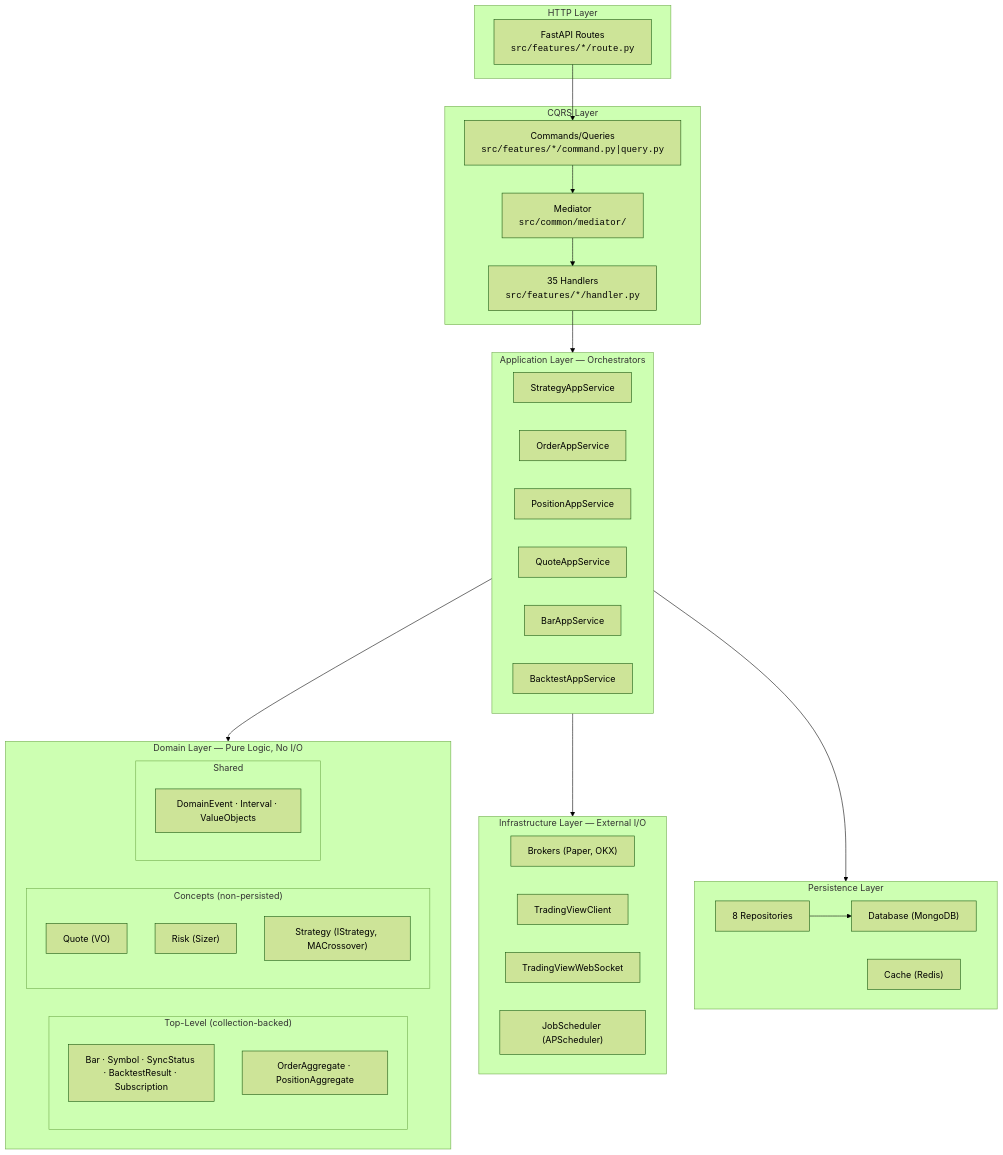
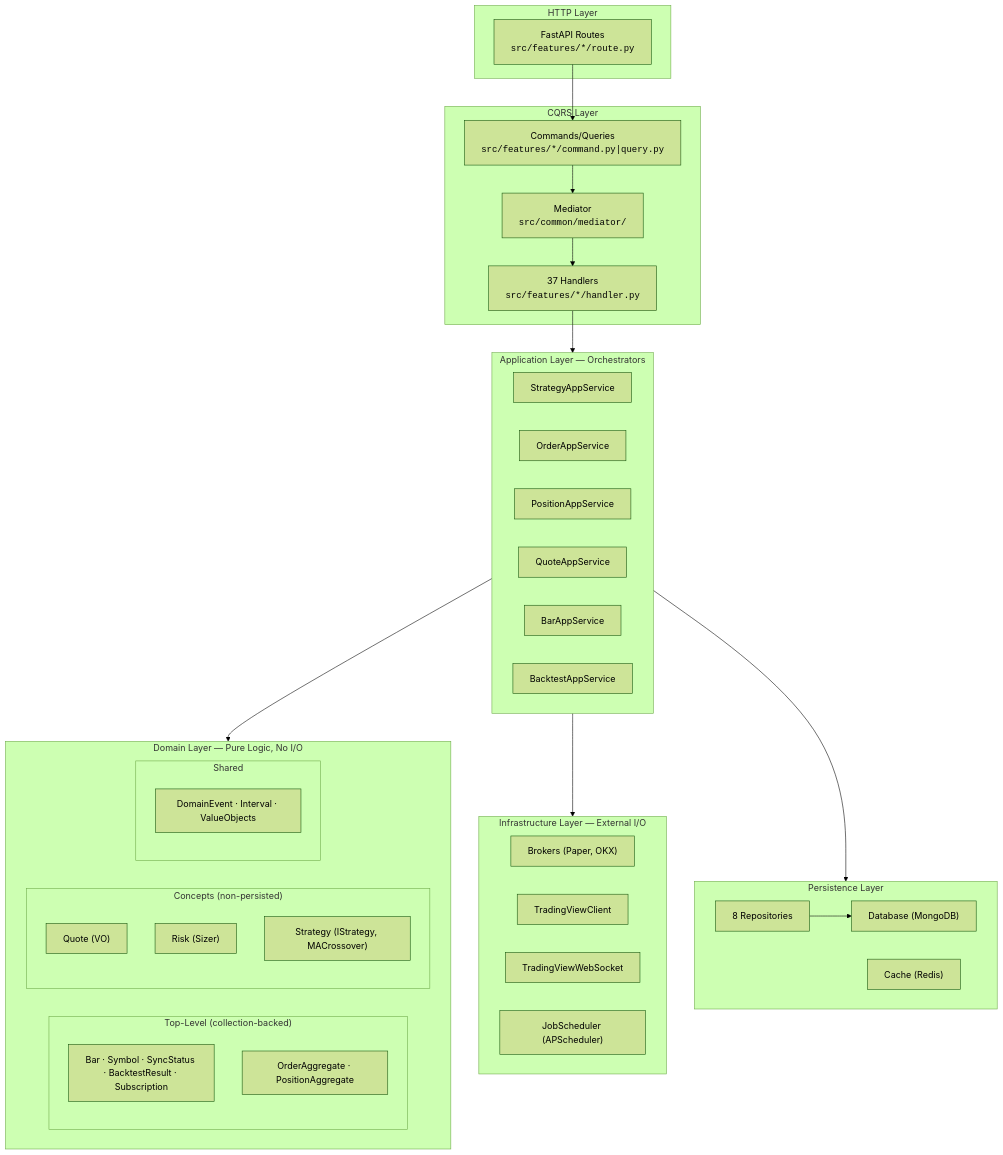
One commit to camping89/pocketquant changed the first of 4 diagrams in docs/architecture-visual-map.md. Above: the diagram before and after it, drawn with Mermaid (forest theme). The commit also changed other lines of this file and 8 other files, not shown here.

````diff
--- a/docs/architecture-visual-map.md
+++ b/docs/architecture-visual-map.md
@@ -112,56 +112,56 @@
 ```mermaid
 graph TB
     subgraph HTTP["HTTP Layer"]
         Routes["FastAPI Routes<br/><code>src/features/*/route.py</code>"]
     end
 
     subgraph CQRS["CQRS Layer"]
         Commands["Commands/Queries<br/><code>src/features/*/command.py|query.py</code>"]
         Med["Mediator<br/><code>src/common/mediator/</code>"]
-        Handlers["35 Handlers<br/><code>src/features/*/handler.py</code>"]
+        Handlers["37 Handlers<br/><code>src/features/*/handler.py</code>"]
     end
 
     subgraph APP["Application Layer — Orchestrators"]
         StrategyAppService["StrategyAppService"]
         OrderAppService["OrderAppService"]
         PositionAppService["PositionAppService"]
         QuoteAppService["QuoteAppService"]
         BarAppService["BarAppService"]
         BacktestAppService["BacktestAppService"]
     end
 
     subgraph DOMAIN["Domain Layer — Pure Logic, No I/O"]
         subgraph TOPLEVEL["Top-Level (collection-backed)"]
             BarEnt["Bar · Symbol · SyncStatus · BacktestResult · Subscription"]
             Aggregates["OrderAggregate · PositionAggregate"]
         end
         subgraph CONCEPTS["Concepts (non-persisted)"]
             QuoteVO["Quote (VO)"]
             RiskSvc["Risk (Sizer)"]
             StrategySvc["Strategy (IStrategy, MACrossover)"]
         end
         subgraph SHARED["Shared"]
             SharedBase["DomainEvent · Interval · ValueObjects"]
         end
     end
 
     subgraph INFRA["Infrastructure Layer — External I/O"]
         Brokers["Brokers (Paper, OKX)"]
         TVClient["TradingViewClient"]
         TVWebSocket["TradingViewWebSocket"]
         Scheduler["JobScheduler (APScheduler)"]
     end
 
     subgraph PERSIST["Persistence Layer"]
         DB["Database (MongoDB)"]
         Cache["Cache (Redis)"]
         Repos["8 Repositories"]
     end
 
     Routes --> Commands --> Med --> Handlers
     Handlers --> APP
     APP --> DOMAIN
     APP --> INFRA
     APP --> PERSIST
     Repos --> DB
 ```
````
